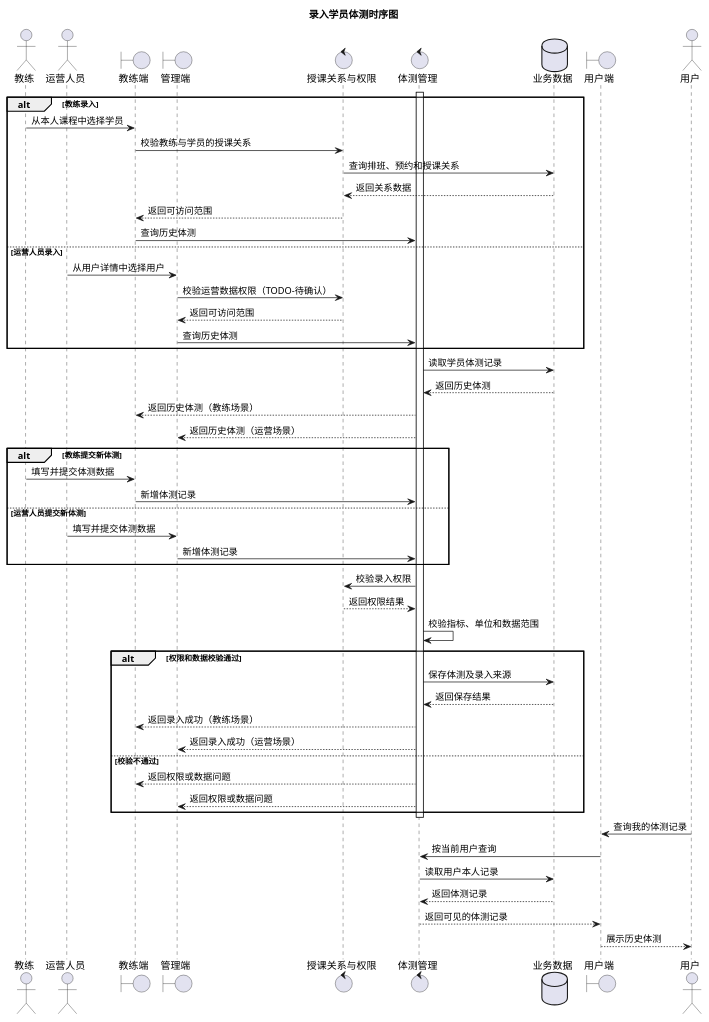
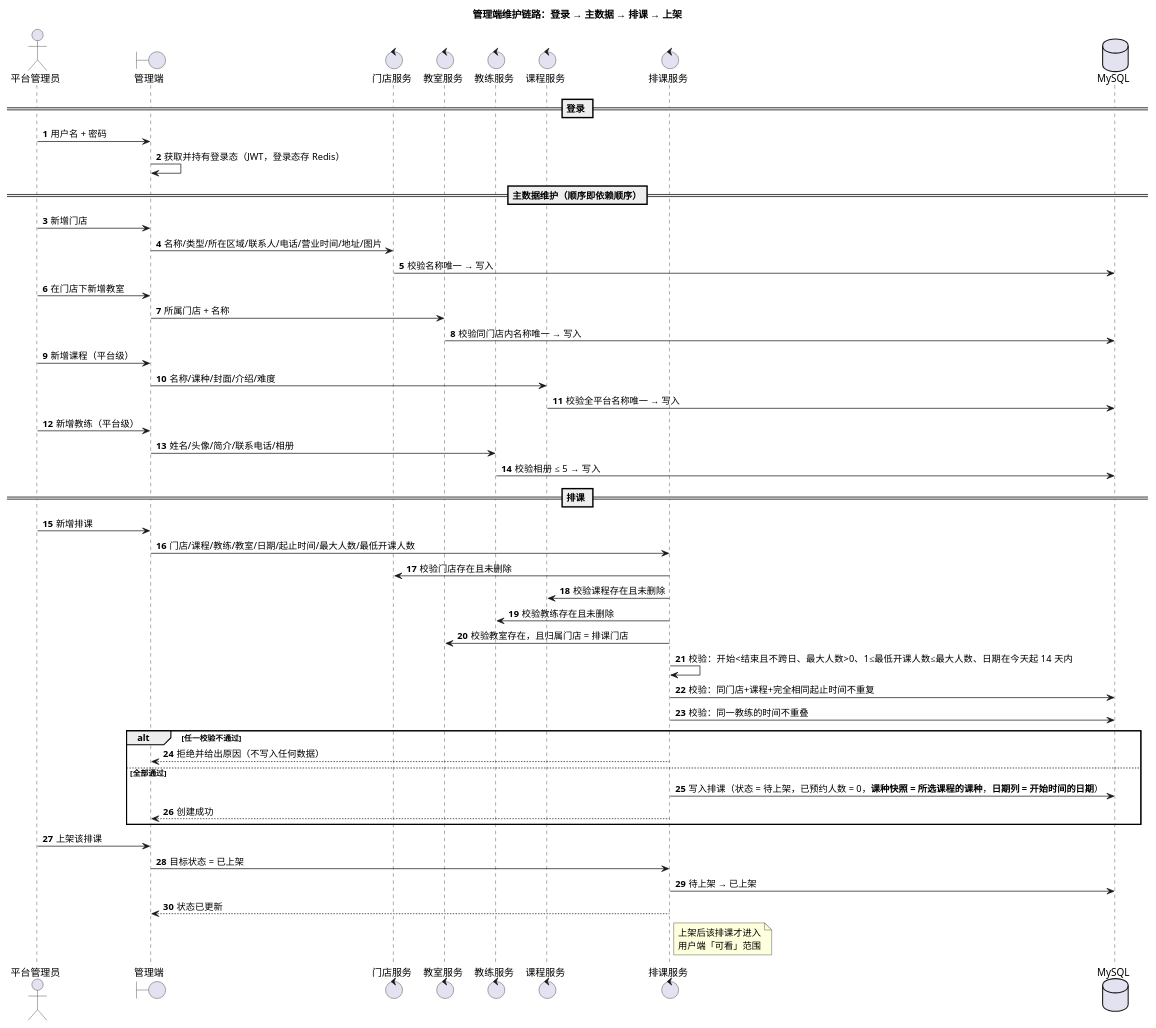
The third of 5 diagrams in docs/概要设计/概要设计.md (duo2530/techplant-yoga), drawn with PlantUML before and after one commit. The commit also changed other lines of this file and 52 other files, not shown here.

````diff
--- a/docs/概要设计/概要设计.md
+++ b/docs/概要设计/概要设计.md
@@ -353,65 +207,62 @@
 ```plantuml
 @startuml
-title 录入学员体测时序图
+title 管理端维护链路：登录 → 主数据 → 排课 → 上架
+autonumber
+actor 平台管理员
+boundary 管理端
+control 门店服务
+control 教室服务
+control 教练服务
+control 课程服务
+control 排课服务
+database MySQL
 
-actor 教练
-actor 运营人员
-boundary 教练端
-boundary 管理端
-control 授课关系与权限
-control 体测管理
-database 业务数据
-boundary 用户端
-actor 用户
+== 登录 ==
+平台管理员 -> 管理端 : 用户名 + 密码
+管理端 -> 管理端 : 获取并持有登录态（JWT，登录态存 Redis）
 
-alt 教练录入
-  教练 -> 教练端 : 从本人课程中选择学员
-  教练端 -> 授课关系与权限 : 校验教练与学员的授课关系
-  授课关系与权限 -> 业务数据 : 查询排班、预约和授课关系
-  业务数据 --> 授课关系与权限 : 返回关系数据
-  授课关系与权限 --> 教练端 : 返回可访问范围
-  教练端 -> 体测管理 : 查询历史体测
-else 运营人员录入
-  运营人员 -> 管理端 : 从用户详情中选择用户
-  管理端 -> 授课关系与权限 : 校验运营数据权限（TODO-待确认）
-  授课关系与权限 --> 管理端 : 返回可访问范围
-  管理端 -> 体测管理 : 查询历史体测
+== 主数据维护（顺序即依赖顺序）==
+平台管理员 -> 管理端 : 新增门店
+管理端 -> 门店服务 : 名称/类型/所在区域/联系人/电话/营业时间/地址/图片
+门店服务 -> MySQL : 校验名称唯一 → 写入
+
+平台管理员 -> 管理端 : 在门店下新增教室
+管理端 -> 教室服务 : 所属门店 + 名称
+教室服务 -> MySQL : 校验同门店内名称唯一 → 写入
+
+平台管理员 -> 管理端 : 新增课程（平台级）
+管理端 -> 课程服务 : 名称/课种/封面/介绍/难度
+课程服务 -> MySQL : 校验全平台名称唯一 → 写入
+
+平台管理员 -> 管理端 : 新增教练（平台级）
+管理端 -> 教练服务 : 姓名/头像/简介/联系电话/相册
+教练服务 -> MySQL : 校验相册 ≤ 5 → 写入
+
+== 排课 ==
+平台管理员 -> 管理端 : 新增排课
+管理端 -> 排课服务 : 门店/课程/教练/教室/日期/起止时间/最大人数/最低开课人数
+排课服务 -> 门店服务 : 校验门店存在且未删除
+排课服务 -> 课程服务 : 校验课程存在且未删除
+排课服务 -> 教练服务 : 校验教练存在且未删除
+排课服务 -> 教室服务 : 校验教室存在，且归属门店 = 排课门店
+排课服务 -> 排课服务 : 校验：开始<结束且不跨日、最大人数>0、1≤最低开课人数≤最大人数、日期在今天起 14 天内
+排课服务 -> MySQL : 校验：同门店+课程+完全相同起止时间不重复
+排课服务 -> MySQL : 校验：同一教练的时间不重叠
+alt 任一校验不通过
+  排课服务 --> 管理端 : 拒绝并给出原因（不写入任何数据）
+else 全部通过
+  排课服务 -> MySQL : 写入排课（状态 = 待上架，已预约人数 = 0，**课种快照 = 所选课程的课种**，**日期列 = 开始时间的日期**）
+  排课服务 --> 管理端 : 创建成功
 end
 
-体测管理 -> 业务数据 : 读取学员体测记录
-业务数据 --> 体测管理 : 返回历史体测
-体测管理 --> 教练端 : 返回历史体测（教练场景）
-体测管理 --> 管理端 : 返回历史体测（运营场景）
+平台管理员 -> 管理端 : 上架该排课
+管理端 -> 排课服务 : 目标状态 = 已上架
+排课服务 -> MySQL : 待上架 → 已上架
+排课服务 --> 管理端 : 状态已更新
+note right of 排课服务
+  上架后该排课才进入
+  用户端「可看」范围
+end note
 
-alt 教练提交新体测
-  教练 -> 教练端 : 填写并提交体测数据
-  教练端 -> 体测管理 : 新增体测记录
-else 运营人员提交新体测
-  运营人员 -> 管理端 : 填写并提交体测数据
-  管理端 -> 体测管理 : 新增体测记录
-end
-
-activate 体测管理
-体测管理 -> 授课关系与权限 : 校验录入权限
-授课关系与权限 --> 体测管理 : 返回权限结果
-体测管理 -> 体测管理 : 校验指标、单位和数据范围
-
-alt 权限和数据校验通过
-  体测管理 -> 业务数据 : 保存体测及录入来源
-  业务数据 --> 体测管理 : 返回保存结果
-  体测管理 --> 教练端 : 返回录入成功（教练场景）
-  体测管理 --> 管理端 : 返回录入成功（运营场景）
-else 校验不通过
-  体测管理 --> 教练端 : 返回权限或数据问题
-  体测管理 --> 管理端 : 返回权限或数据问题
-end
-deactivate 体测管理
-
-用户 -> 用户端 : 查询我的体测记录
-用户端 -> 体测管理 : 按当前用户查询
-体测管理 -> 业务数据 : 读取用户本人记录
-业务数据 --> 体测管理 : 返回体测记录
-体测管理 --> 用户端 : 返回可见的体测记录
-用户端 --> 用户 : 展示历史体测
 @enduml
 ```
````
